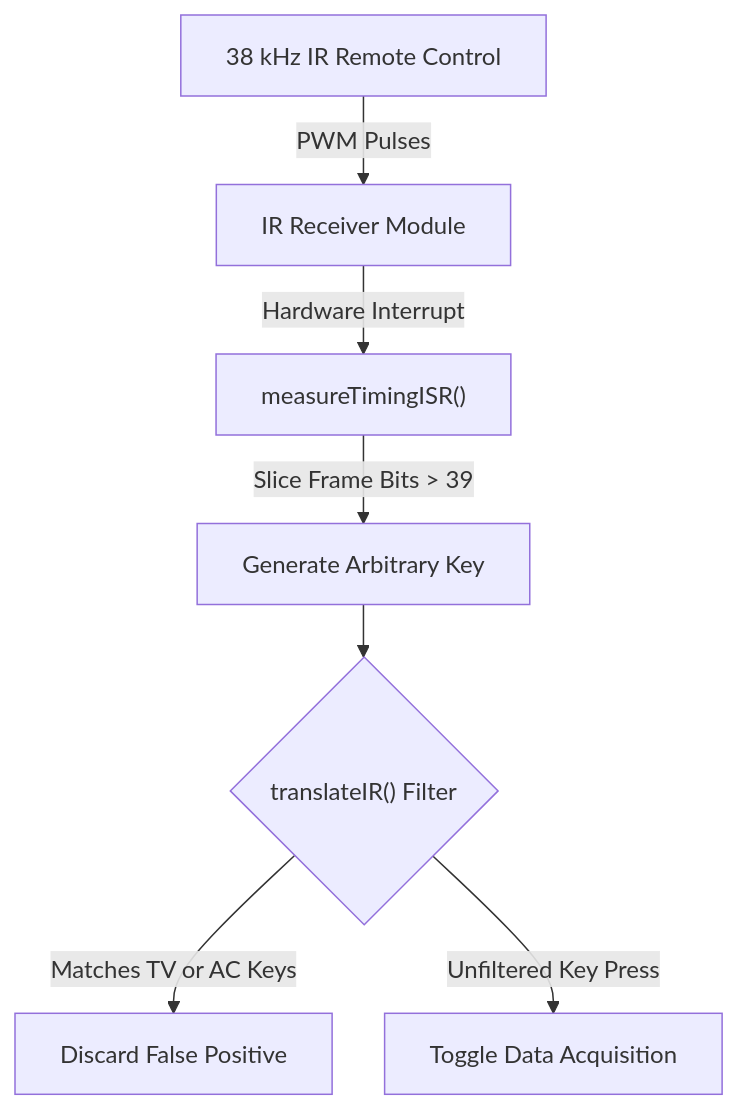
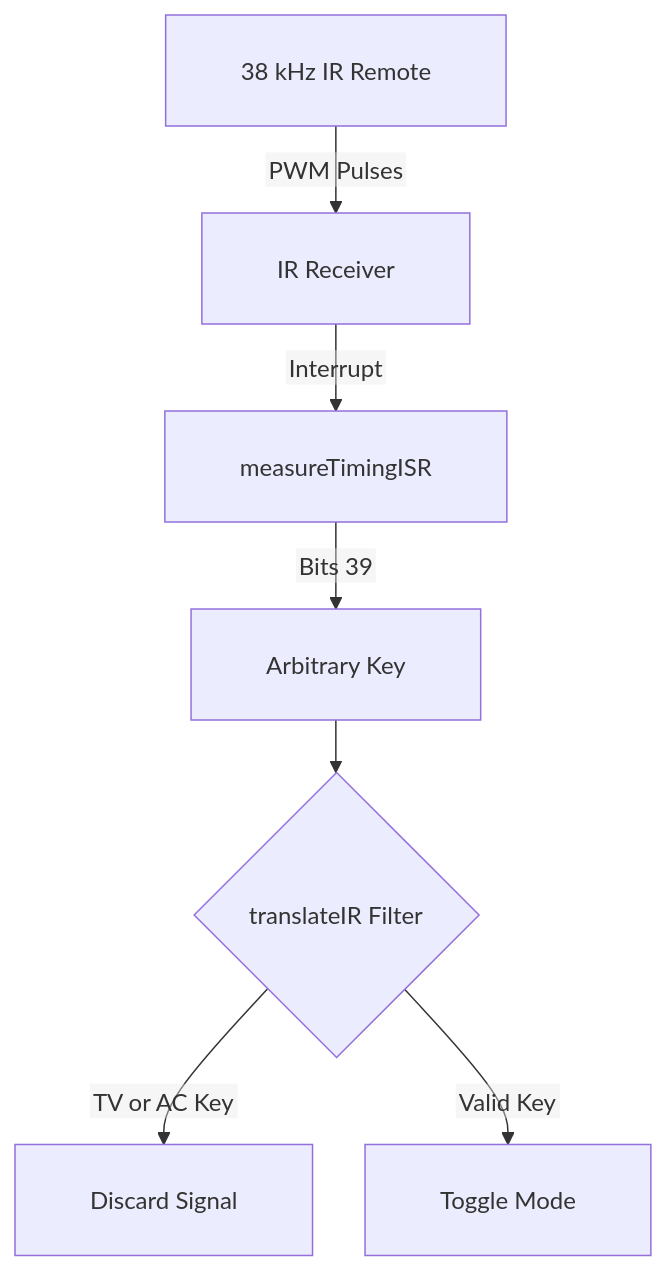
One commit to antor44/Acquisition4microcontrollers changed the first of 2 diagrams in README.md. Above: the diagram before and after it, drawn with Mermaid. The commit also changed other lines of this file, not shown here.

````diff
--- a/README.md
+++ b/README.md
@@ -41,10 +41,10 @@
 ```mermaid
-%%{init: {'flowchart': {'padding': 15, 'nodeSpacing': 35, 'rankSpacing': 35}}}%%
+%%{init: {'flowchart': {'htmlLabels': false, 'padding': 25, 'nodeSpacing': 35, 'rankSpacing': 35}}}%%
 flowchart TD
-    A["38 kHz IR Remote Control"] -->|PWM Pulses| B["IR Receiver Module"]
-    B -->|Hardware Interrupt| C["measureTimingISR()"]
-    C -->|Slice Frame Bits > 39| D["Generate Arbitrary Key"]
-    D --> E{"translateIR() Filter"}
-    E -->|Matches TV or AC Keys| F["Discard False Positive"]
-    E -->|Unfiltered Key Press| G["Toggle Data Acquisition"]
+    A["38 kHz IR Remote"] -->|PWM Pulses| B["IR Receiver"]
+    B -->|Interrupt| C["measureTimingISR"]
+    C -->|Bits > 39| D["Arbitrary Key"]
+    D --> E{"translateIR Filter"}
+    E -->|TV or AC Key| F["Discard Signal"]
+    E -->|Valid Key| G["Toggle Mode"]
 ```
````
